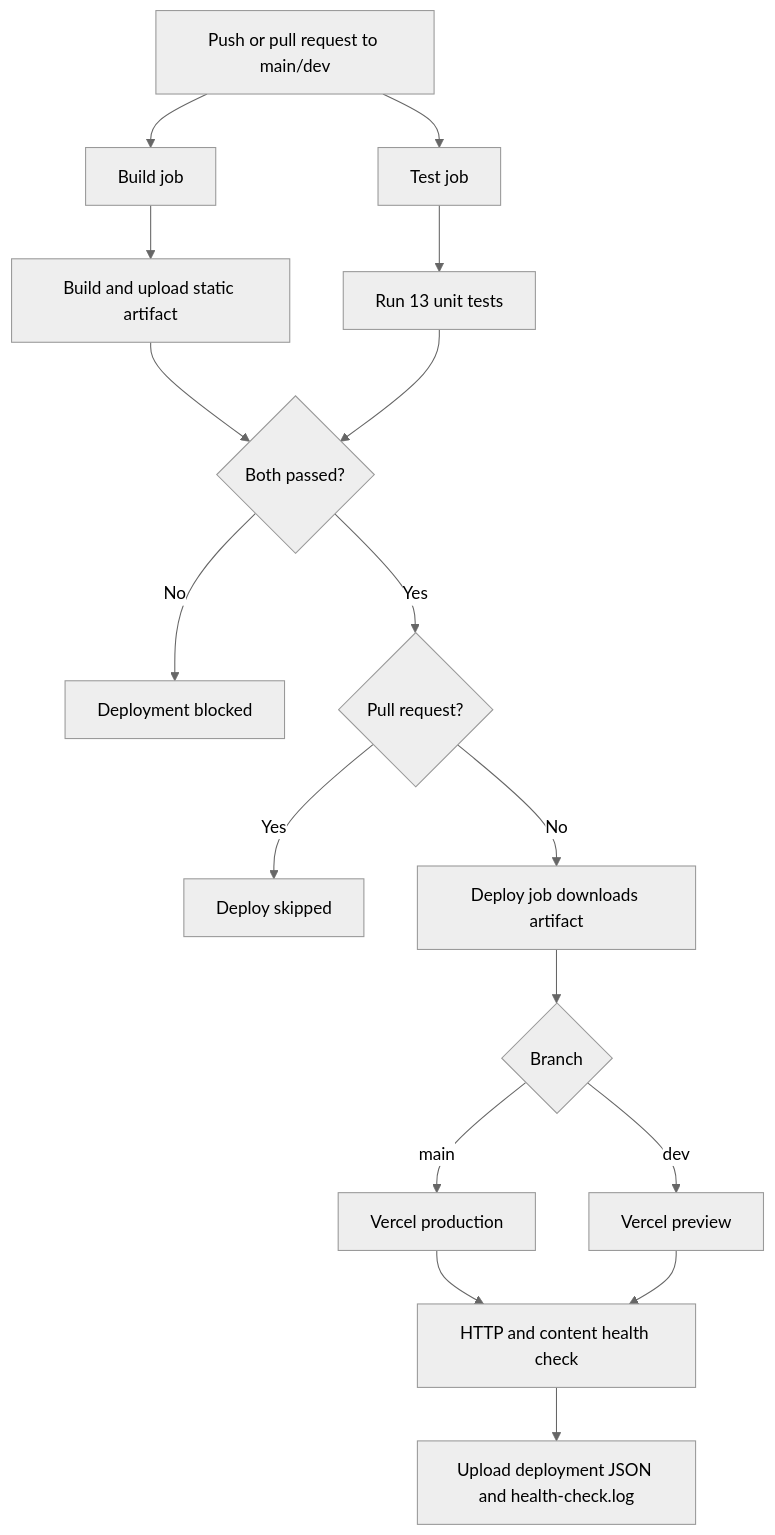
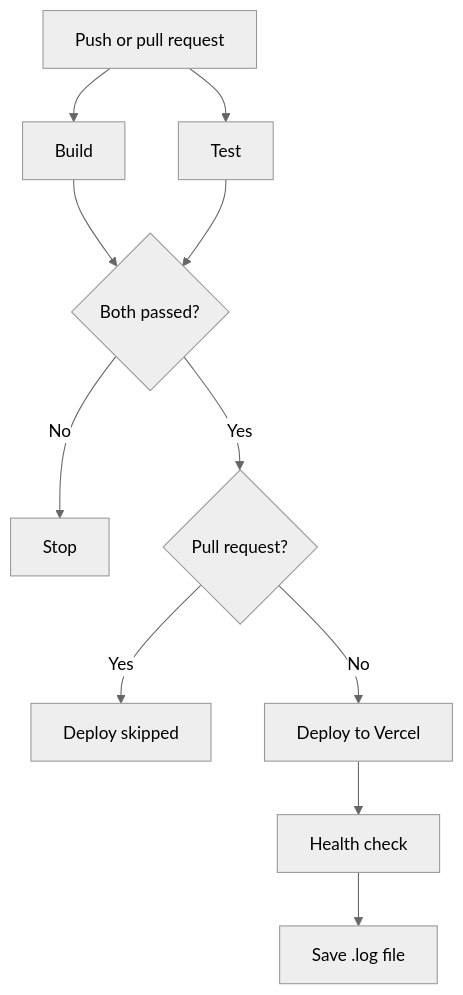
The diagram in README.md (tsurts/university-devops-calculator), drawn with Mermaid (neutral theme) before and after one commit. The commit also changed other lines of this file, not shown here.

````diff
--- a/README.md
+++ b/README.md
@@ -82,19 +21,13 @@
-~~~mermaid
+```mermaid
 flowchart TD
-    A[Push or pull request to main/dev] --> B[Build job]
-    A --> C[Test job]
-    B --> B1[Build and upload static artifact]
-    C --> C1[Run 13 unit tests]
-    B1 --> D{Both passed?}
-    C1 --> D
-    D -->|No| X[Deployment blocked]
-    D -->|Yes| E{Pull request?}
-    E -->|Yes| F[Deploy skipped]
-    E -->|No| G[Deploy job downloads artifact]
-    G --> H{Branch}
-    H -->|main| I[Vercel production]
-    H -->|dev| J[Vercel preview]
-    I --> K[HTTP and content health check]
-    J --> K
-    K --> L[Upload deployment JSON and health-check.log]
-~~~
+    A[Push or pull request] --> B[Build]
+    A --> C[Test]
+    B --> D{Both passed?}
+    C --> D
+    D -->|No| E[Stop]
+    D -->|Yes| F{Pull request?}
+    F -->|Yes| G[Deploy skipped]
+    F -->|No| H[Deploy to Vercel]
+    H --> I[Health check]
+    I --> J[Save .log file]
+```
````
